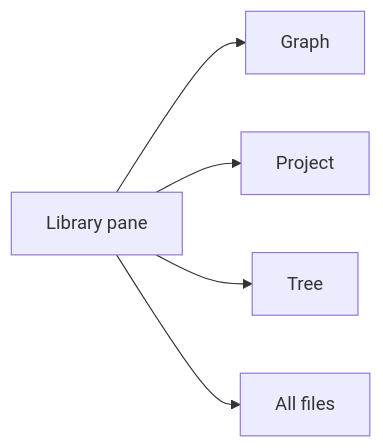
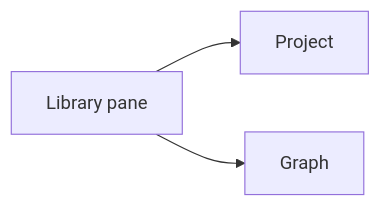
Before and after one commit to ryanallen/leaftext: the first of 2 diagrams in docs/01-features/03-library.md, drawn with Mermaid. The commit also changed other lines of this file and 13 other files, not shown here.

Commit message:
Collapse the library to one file view with a breadcrumb path and move the graph behind an icon

````diff
--- a/docs/01-features/03-library.md
+++ b/docs/01-features/03-library.md
@@ -22,7 +21,5 @@
 ```mermaid
 flowchart LR
-    A[Library pane] --> G[Graph]
-    A --> B[Project]
-    A --> C[Tree]
-    A --> D[All files]
+    A[Library pane] --> B[Project]
+    A --> G[Graph]
 ```
````
